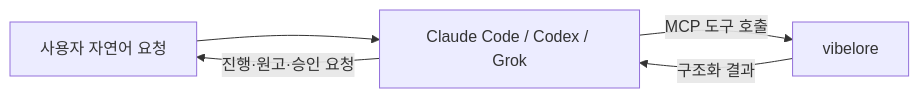
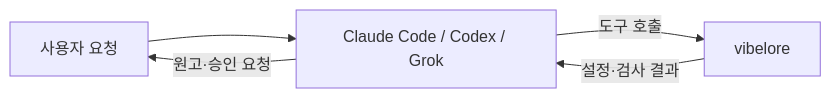
The diagram in docs/GETTING_STARTED.md (fbwndrud/vibelore), drawn with Mermaid before and after one commit. The commit also changed other lines of this file and 5 other files, not shown here.

````diff
--- a/docs/GETTING_STARTED.md
+++ b/docs/GETTING_STARTED.md
@@ -7,7 +7,7 @@
 ```mermaid
 flowchart LR
-    U[사용자 자연어 요청] --> H[Claude Code / Codex / Grok]
-    H -->|MCP 도구 호출| V[vibelore]
-    V -->|구조화 결과| H
-    H -->|진행·원고·승인 요청| U
+    U[사용자 요청] --> H[Claude Code / Codex / Grok]
+    H -->|도구 호출| V[vibelore]
+    V -->|설정·검사 결과| H
+    H -->|원고·승인 요청| U
 ```
````
